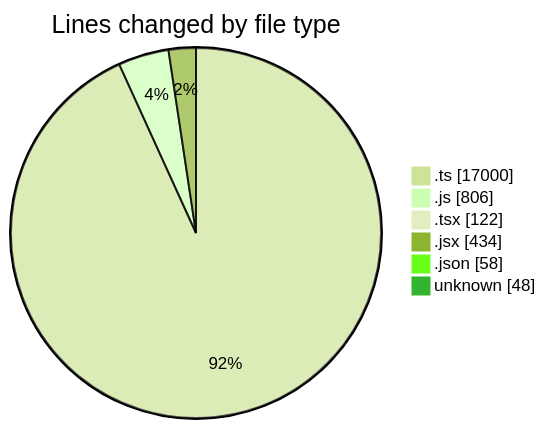
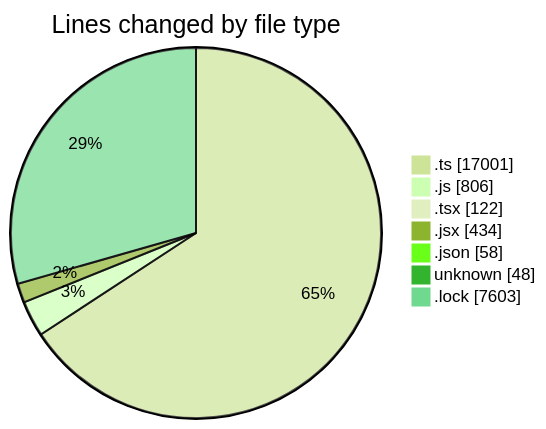
One commit to momahboobian/code-tracking changed the first of 2 diagrams in 2025-11-12/cda/README.md. Above: the diagram before and after it, drawn with Mermaid (forest theme). The commit also changed other lines of this file and 1 other file, not shown here.

````diff
--- a/2025-11-12/cda/README.md
+++ b/2025-11-12/cda/README.md
@@ -36,10 +37,11 @@
 ```mermaid
 pie showData
 title Lines changed by file type
-".ts" : 17000
+".ts" : 17001
 ".js" : 806
 ".tsx" : 122
 ".jsx" : 434
 ".json" : 58
 "unknown" : 48
+".lock" : 7603
 ```
````
